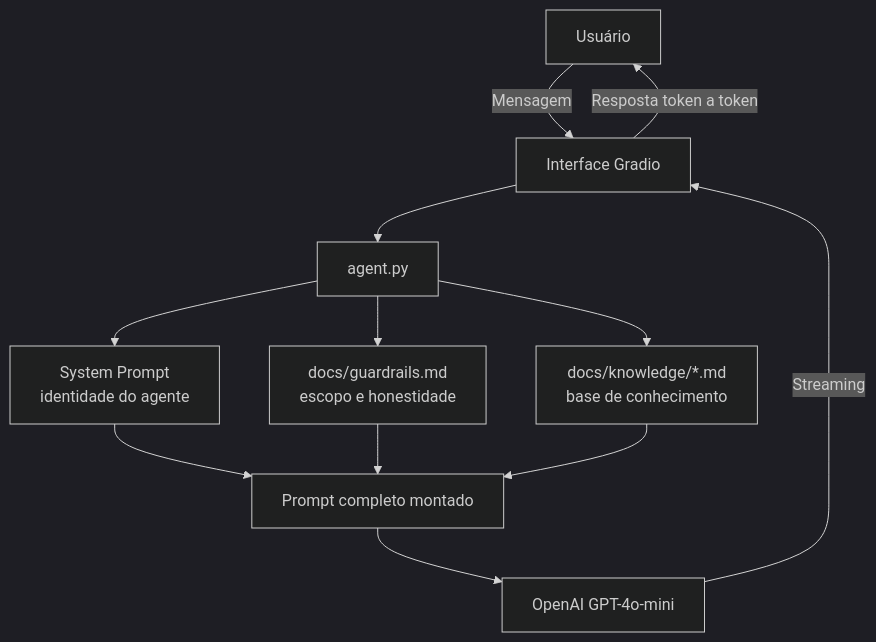
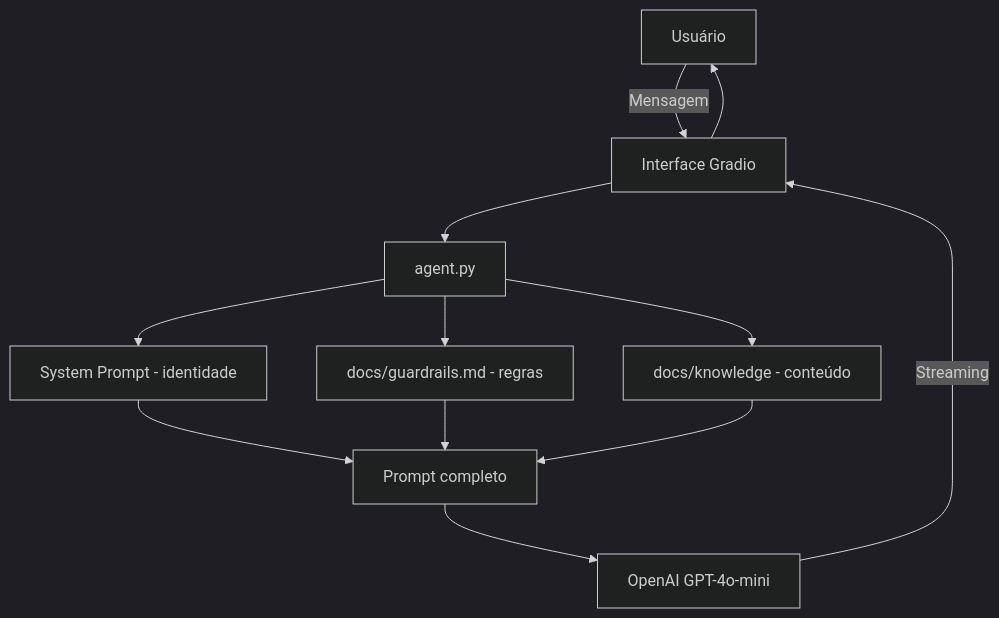
The diagram in docs/01-documentacao-agente.md (artemixxcm/TributAI), drawn with Mermaid (dark theme) before and after one commit. The commit also changed other lines of this file and 4 other files, not shown here.

````diff
--- a/docs/01-documentacao-agente.md
+++ b/docs/01-documentacao-agente.md
@@ -58,12 +51,12 @@
 ```mermaid
 flowchart TD
     U[Usuário] -->|Mensagem| G[Interface Gradio]
     G --> A[agent.py]
-    A --> S[System Prompt\nidentidade do agente]
-    A --> R[docs/guardrails.md\nescopo e honestidade]
-    A --> K[docs/knowledge/*.md\nbase de conhecimento]
-    S & R & K --> P[Prompt completo montado]
+    A --> S[System Prompt - identidade]
+    A --> R[docs/guardrails.md - regras]
+    A --> K[docs/knowledge - conteúdo]
+    S & R & K --> P[Prompt completo]
     P --> O[OpenAI GPT-4o-mini]
     O -->|Streaming| G
-    G -->|Resposta token a token| U
+    G --> U
 ```
````
